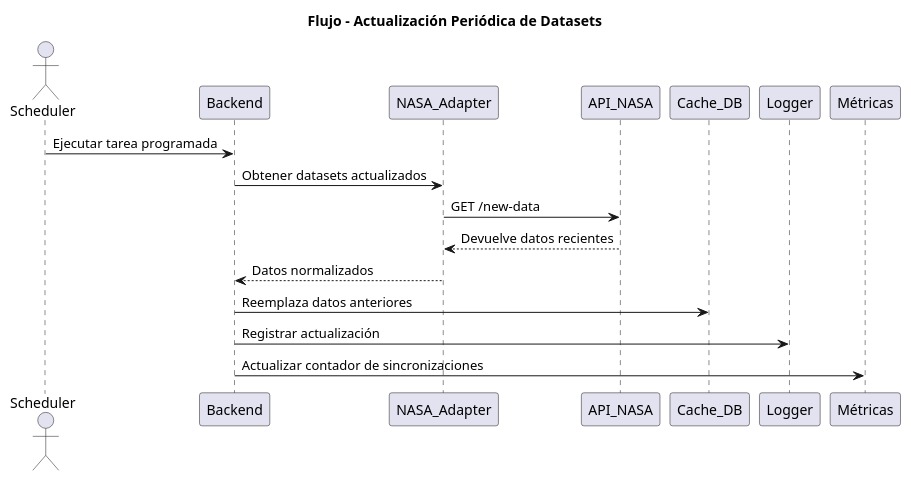
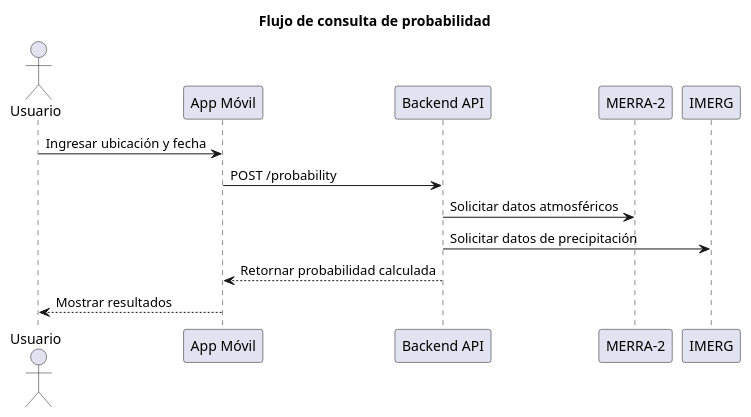
One commit to cardo88/Nimbus25 changed the diagram in docs/04-sequence-flows.md. Above: the diagram before and after it, drawn with PlantUML. The commit also changed other lines of this file and 12 other files, not shown here.

````diff
--- a/docs/04-sequence-flows.md
+++ b/docs/04-sequence-flows.md
@@ -50,15 +20,19 @@
 ```plantuml
 @startuml
-title Flujo - Actualización Periódica de Datasets
+title Flujo de consulta de probabilidad
 
-actor Scheduler
-Scheduler -> Backend: Ejecutar tarea programada
-Backend -> NASA_Adapter: Obtener datasets actualizados
-NASA_Adapter -> API_NASA: GET /new-data
-API_NASA --> NASA_Adapter: Devuelve datos recientes
-NASA_Adapter --> Backend: Datos normalizados
-Backend -> Cache_DB: Reemplaza datos anteriores
-Backend -> Logger: Registrar actualización
-Backend -> Métricas: Actualizar contador de sincronizaciones
+actor Usuario
+participant "App Móvil" as APP
+participant "Backend API" as API
+participant "MERRA-2" as MERRA2
+participant "IMERG" as IMERG
+
+Usuario -> APP : Ingresar ubicación y fecha
+APP -> API : POST /probability
+API -> MERRA2 : Solicitar datos atmosféricos
+API -> IMERG : Solicitar datos de precipitación
+API --> APP : Retornar probabilidad calculada
+APP --> Usuario : Mostrar resultados
+
 @enduml
 ```
````
